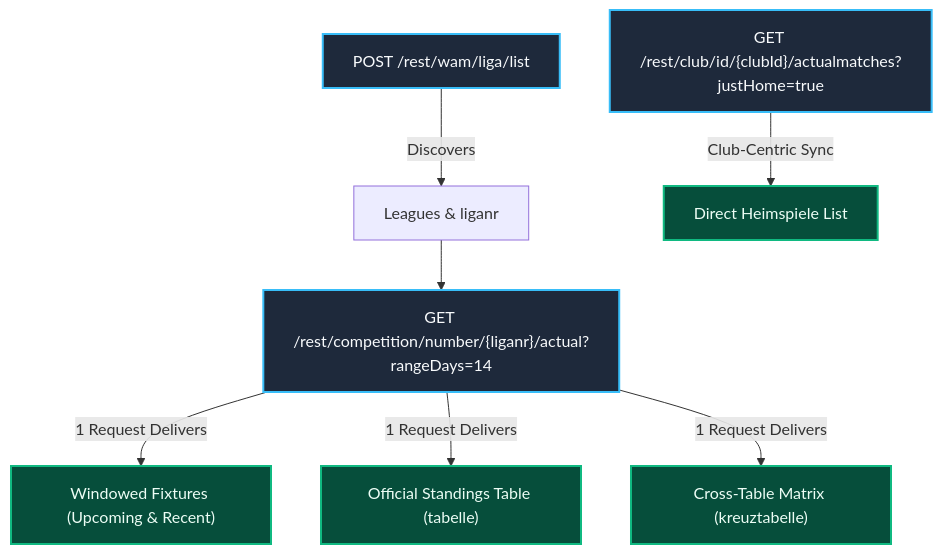
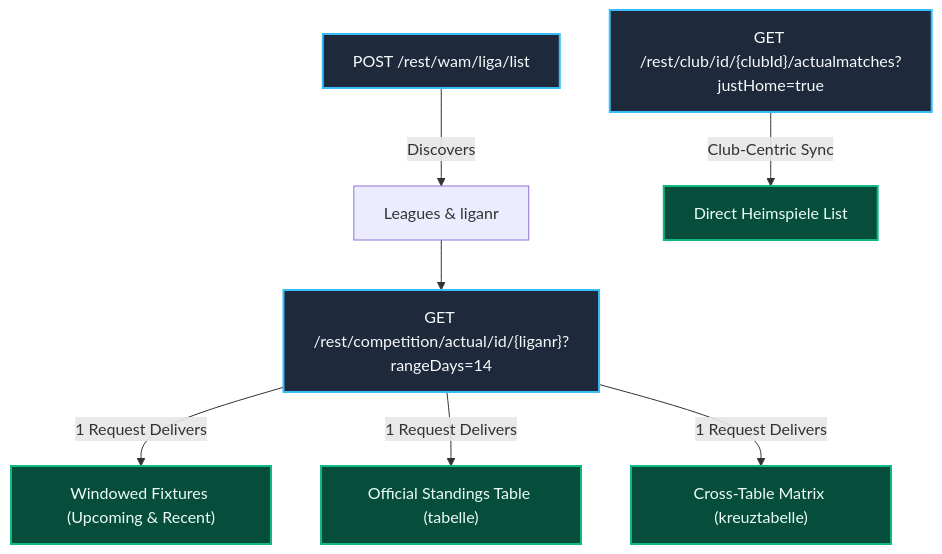
Before and after one commit to TheCodeOne/HeimspielRadar: the second of 5 diagrams in docs/scraper-optimization-strategy.md, drawn with Mermaid. The commit also changed other lines of this file and 1 other file, not shown here.

Commit message:
docs(api): sync DBB competition actual endpoint URL in OpenAPI spec and docs (closes #97)

````diff
--- a/docs/scraper-optimization-strategy.md
+++ b/docs/scraper-optimization-strategy.md
@@ -86,13 +86,13 @@
 ```mermaid
 graph TD
     classDef endpoint fill:#1e293b,stroke:#38bdf8,stroke-width:2px,color:#f8fafc;
     classDef opt fill:#064e3b,stroke:#10b981,stroke-width:2px,color:#ecfdf5;
 
     A["POST /rest/wam/liga/list"]:::endpoint -->|"Discovers"| B["Leagues & liganr"]
-    B --> C["GET /rest/competition/number/{liganr}/actual?rangeDays=14"]:::endpoint
+    B --> C["GET /rest/competition/actual/id/{liganr}?rangeDays=14"]:::endpoint
     C -->|"1 Request Delivers"| D["Windowed Fixtures (Upcoming & Recent)"]:::opt
     C -->|"1 Request Delivers"| E["Official Standings Table (tabelle)"]:::opt
     C -->|"1 Request Delivers"| F["Cross-Table Matrix (kreuztabelle)"]:::opt
 
     G["GET /rest/club/id/{clubId}/actualmatches?justHome=true"]:::endpoint -->|"Club-Centric Sync"| H["Direct Heimspiele List"]:::opt
 ```
````
